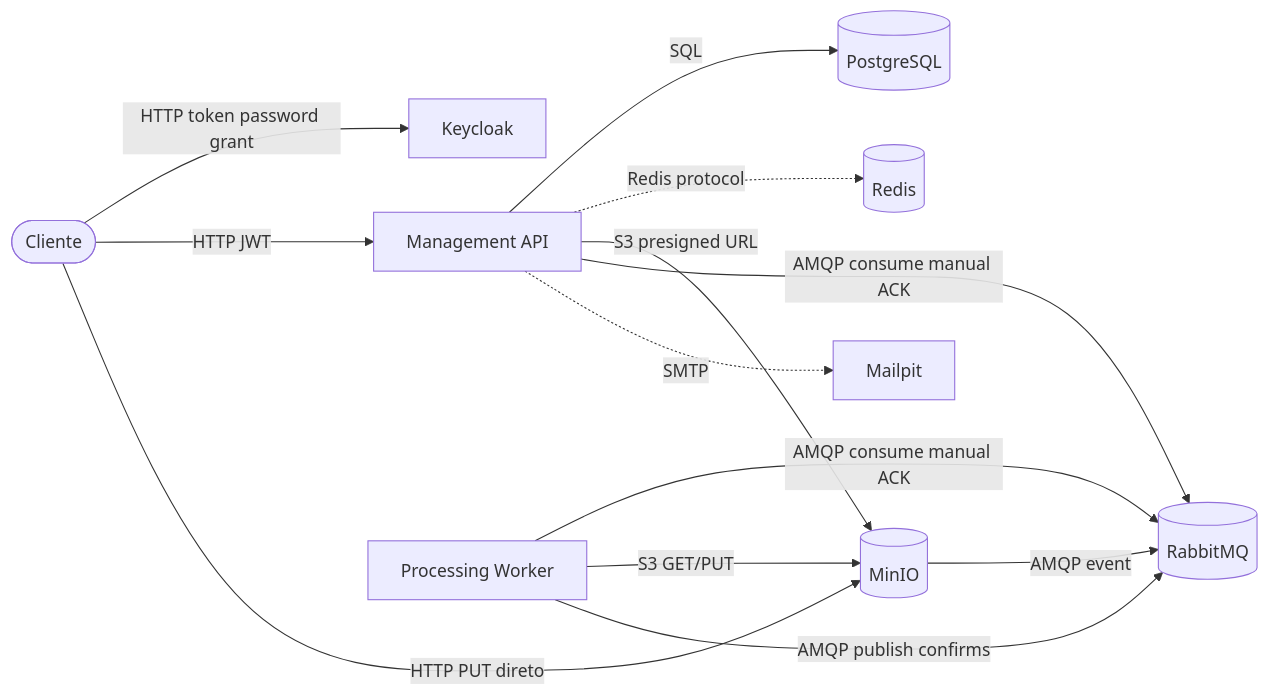
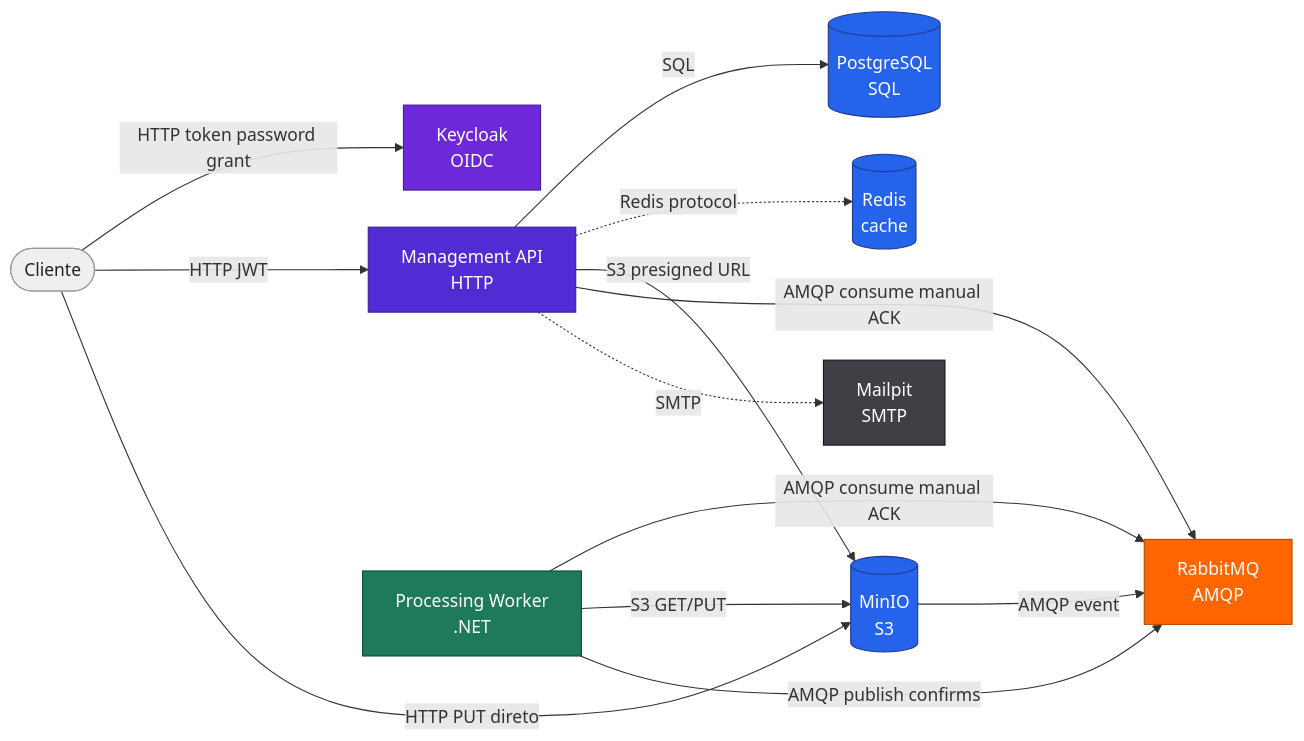
One commit to fabianorodrigues/fiap-fase5-docs changed the diagram in docs/arquitetura/comunicacao-integracao.md. Above: the diagram before and after it, drawn with Mermaid. The commit also changed 11 other files, not shown here.

````diff
--- a/docs/arquitetura/comunicacao-integracao.md
+++ b/docs/arquitetura/comunicacao-integracao.md
@@ -5,25 +5,34 @@
 ```mermaid
+%%{init: {"flowchart": {"nodeSpacing": 34, "rankSpacing": 46}} }%%
 flowchart LR
-    USER([Cliente])
-    KC[Keycloak]
-    API[Management API]
-    PG[(PostgreSQL)]
-    REDIS[(Redis)]
-    MINIO[(MinIO)]
-    MQ[(RabbitMQ)]
-    WORKER[Processing Worker]
-    MAIL[Mailpit]
+    classDef client fill:#EFEFEF,color:#222,stroke:#999
+    classDef api fill:#512BD4,color:#fff,stroke:#39208A
+    classDef worker fill:#1F7A5A,color:#fff,stroke:#0F4A35
+    classDef broker fill:#FF6600,color:#fff,stroke:#B34700
+    classDef store fill:#2563EB,color:#fff,stroke:#1E3A8A
+    classDef auth fill:#6D28D9,color:#fff,stroke:#4C1D95
+    classDef mail fill:#3F3F46,color:#fff,stroke:#18181B
+
+    USER([Cliente]):::client
+    KC["Keycloak<br/>OIDC"]:::auth
+    API["Management API<br/>HTTP"]:::api
+    PG[("PostgreSQL<br/>SQL")]:::store
+    REDIS[("Redis<br/>cache")]:::store
+    MINIO[("MinIO<br/>S3")]:::store
+    MQ["RabbitMQ<br/>AMQP"]:::broker
+    WORKER["Processing Worker<br/>.NET"]:::worker
+    MAIL["Mailpit<br/>SMTP"]:::mail
 
     USER -->|HTTP token password grant| KC
     USER -->|HTTP JWT| API
     API -->|SQL| PG
     API -. Redis protocol .-> REDIS
     API -->|S3 presigned URL| MINIO
     USER -->|HTTP PUT direto| MINIO
     MINIO -->|AMQP event| MQ
     WORKER -->|AMQP consume manual ACK| MQ
     WORKER -->|S3 GET/PUT| MINIO
     WORKER -->|AMQP publish confirms| MQ
     API -->|AMQP consume manual ACK| MQ
     API -. SMTP .-> MAIL
 ```
````
